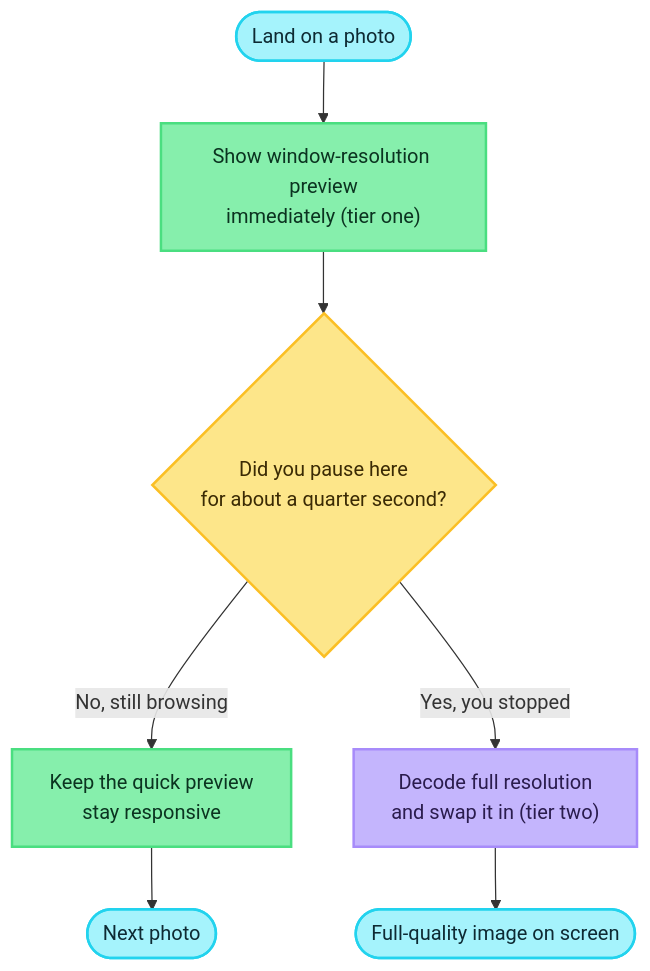
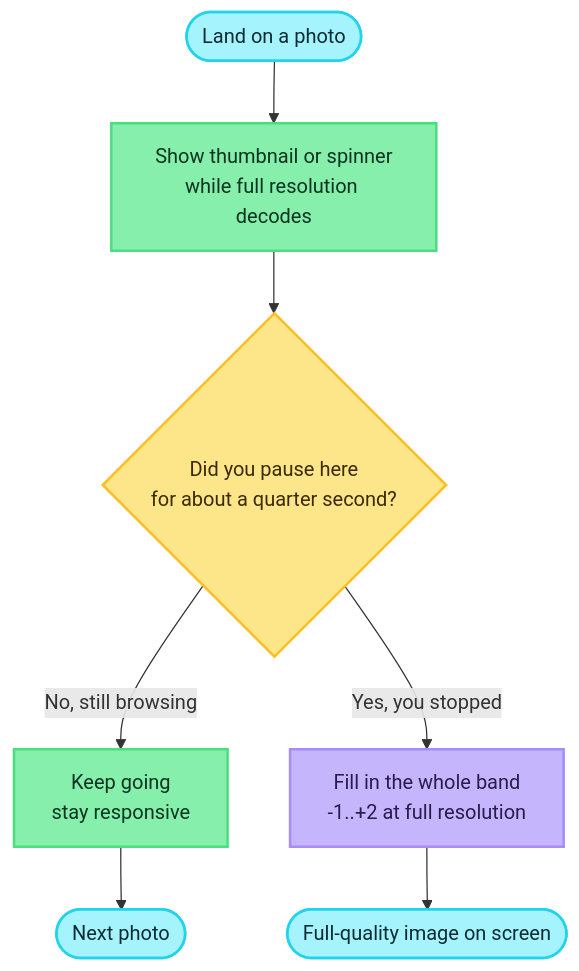
Before and after one commit to jhangyu/halcyon: the sixth of 9 diagrams in README.md, drawn with Mermaid. The commit also changed other lines of this file and 32 other files, not shown here.

````diff
--- a/README.md
+++ b/README.md
@@ -673,21 +675,21 @@
 ```mermaid
 flowchart TD
-    A(["Land on a photo"]) --> B["Show window-resolution preview<br/>immediately (tier one)"]
+    A(["Land on a photo"]) --> B["Show thumbnail or spinner<br/>while full resolution decodes"]
     B --> C{"Did you pause here<br/>for about a quarter second?"}
-    C -- "No, still browsing" --> D["Keep the quick preview<br/>stay responsive"]
-    C -- "Yes, you stopped" --> E["Decode full resolution<br/>and swap it in (tier two)"]
+    C -- "No, still browsing" --> D["Keep going<br/>stay responsive"]
+    C -- "Yes, you stopped" --> E["Fill in the whole band<br/>-1..+2 at full resolution"]
     D --> F(["Next photo"])
     E --> G(["Full-quality image on screen"])
 
     classDef start fill:#a5f3fc,stroke:#22d3ee,stroke-width:2px,color:#0e2a33;
     classDef decision fill:#fde68a,stroke:#fbbf24,stroke-width:2px,color:#3a2a04;
     classDef fast fill:#86efac,stroke:#4ade80,stroke-width:2px,color:#0b3320;
     classDef slow fill:#c4b5fd,stroke:#a78bfa,stroke-width:2px,color:#2a1c4d;
     classDef done fill:#a5f3fc,stroke:#22d3ee,stroke-width:2px,color:#0e2a33;
 
     class A start;
     class C decision;
     class B,D fast;
     class E slow;
     class F,G done;
 ```
````
